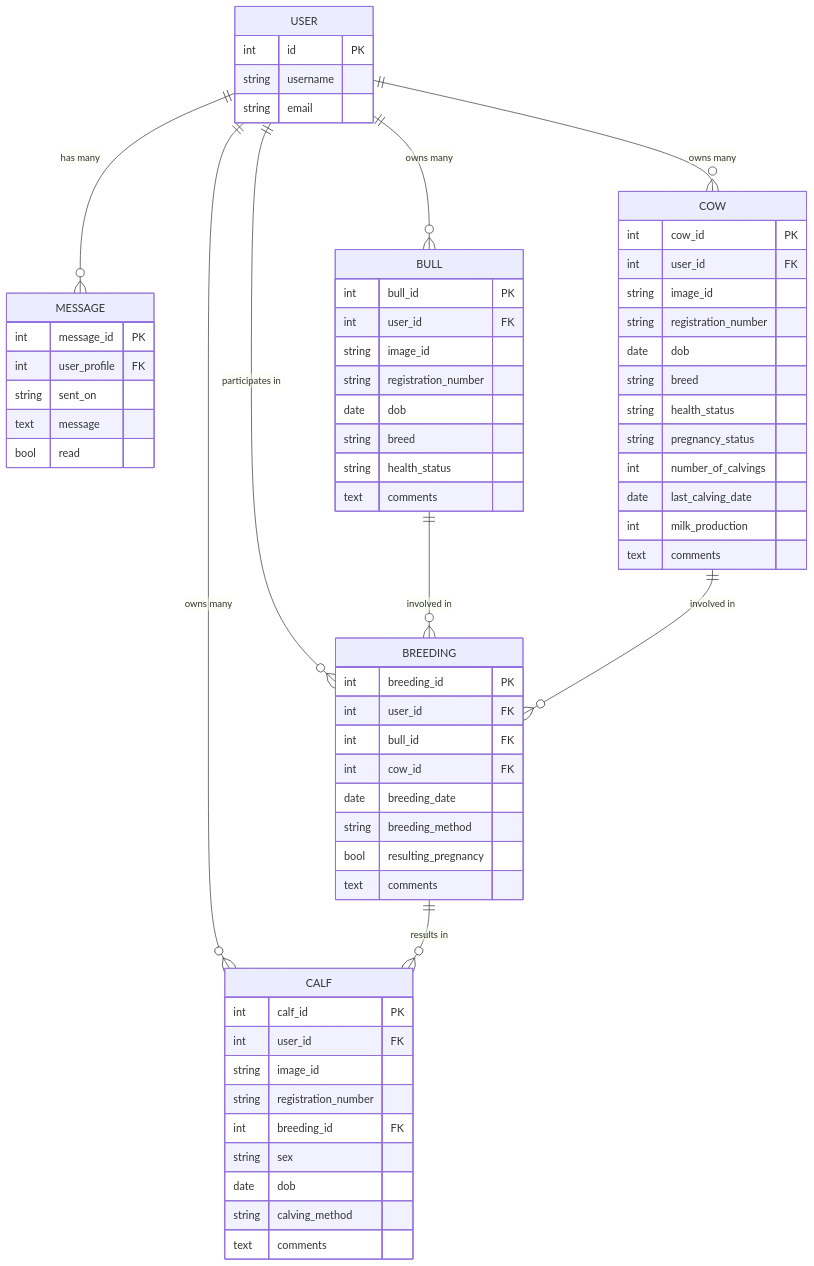
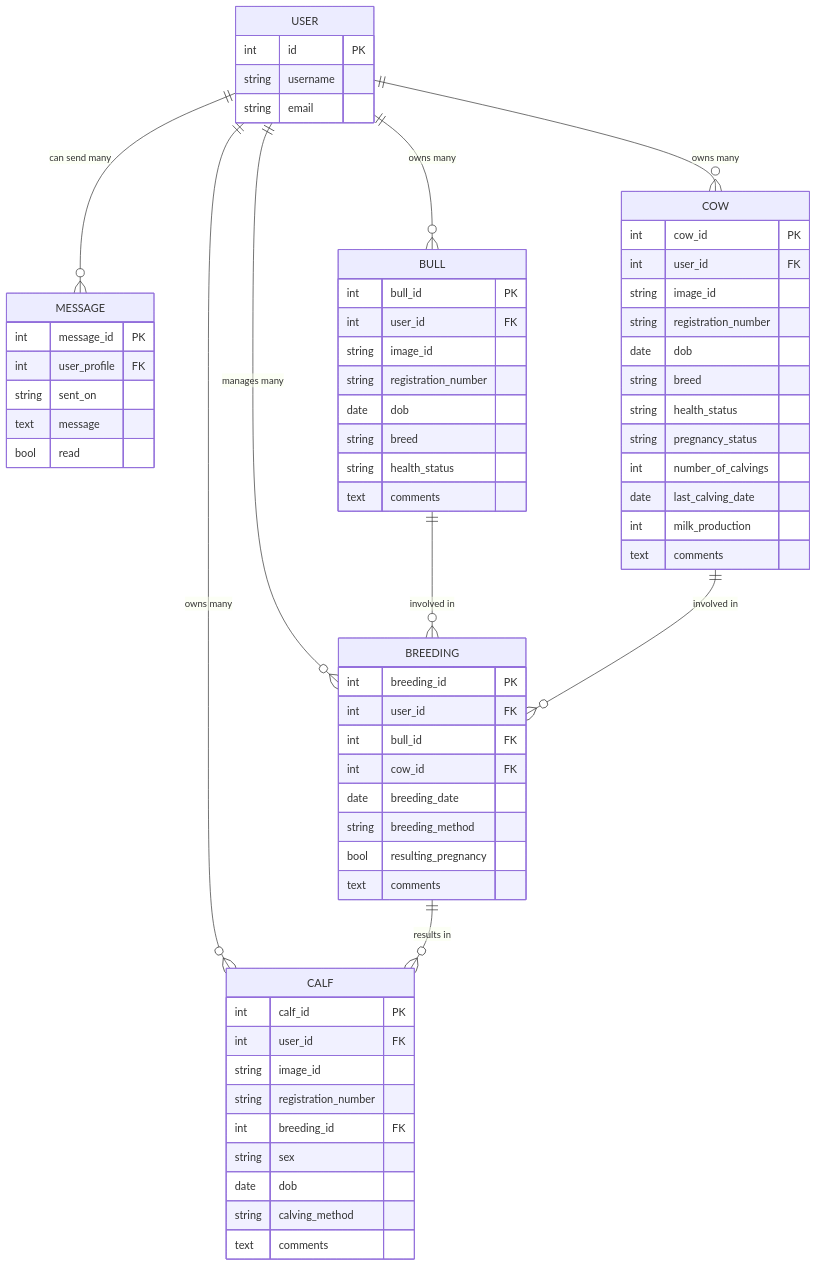
One commit to cthlbrennan/herdhub changed the diagram in README.md. Above: the diagram before and after it, drawn with Mermaid. The commit also changed other lines of this file and 8 other files, not shown here.

````diff
--- a/README.md
+++ b/README.md
@@ -312,75 +312,75 @@
 ```mermaid
 erDiagram
     USER {
       int id PK
       string username
       string email
     }
 
     MESSAGE {
       int message_id PK
       int user_profile FK
       string sent_on
       text message
       bool read
     }
 
     BULL {
       int bull_id PK
       int user_id FK
       string image_id
       string registration_number
       date dob
       string breed
       string health_status
       text comments
     }
 
     COW {
       int cow_id PK
       int user_id FK
       string image_id
       string registration_number
       date dob
       string breed
       string health_status
       string pregnancy_status
       int number_of_calvings
       date last_calving_date
       int milk_production
       text comments
     }
 
     BREEDING {
       int breeding_id PK
       int user_id FK
       int bull_id FK
       int cow_id FK
       date breeding_date
       string breeding_method
       bool resulting_pregnancy
       text comments
     }
 
     CALF {
       int calf_id PK
       int user_id FK
       string image_id
       string registration_number
       int breeding_id FK
       string sex
       date dob
       string calving_method
       text comments
     }
 
-    USER ||--o{ MESSAGE: "has many"
+    USER ||--o{ MESSAGE: "can send many"
     USER ||--o{ BULL: "owns many"
     USER ||--o{ COW: "owns many"
-    USER ||--o{ BREEDING: "participates in"
+    USER ||--o{ BREEDING: "manages many"
     USER ||--o{ CALF: "owns many"
     
     BULL ||--o{ BREEDING: "involved in"
     COW ||--o{ BREEDING: "involved in"
     BREEDING ||--o{ CALF: "results in"
 ```
````
